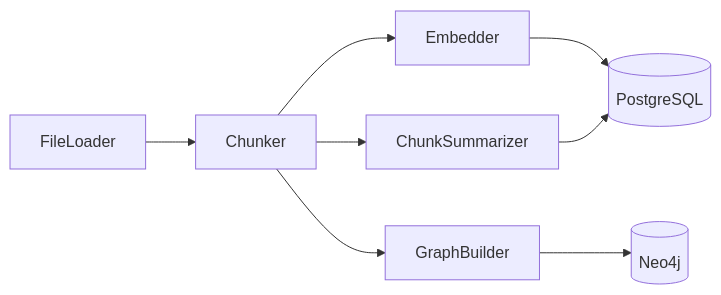
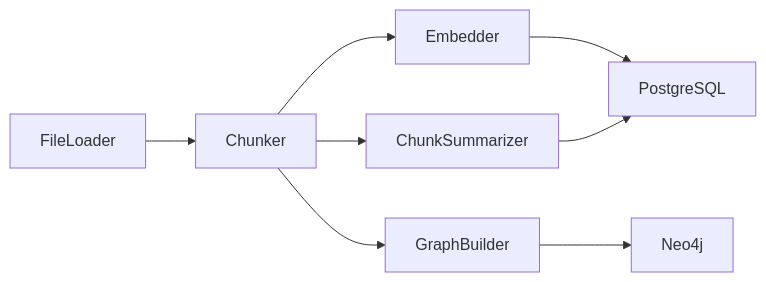
The diagram in mkdocs/docs/indexing.md (DMontgomery40/tribrid-rag), drawn with Mermaid before and after one commit. The commit also changed other lines of this file and 72 other files, not shown here.

````diff
--- a/mkdocs/docs/indexing.md
+++ b/mkdocs/docs/indexing.md
@@ -52,10 +52,10 @@
 ```mermaid
 flowchart LR
     L["FileLoader"] --> C["Chunker"]
     C --> E["Embedder"]
-    E --> P[("PostgreSQL")]
+    E --> P["PostgreSQL"]
     C --> S["ChunkSummarizer"]
     S --> P
     C --> GB["GraphBuilder"]
-    GB --> N[("Neo4j")]
+    GB --> N["Neo4j"]
 ```
````
